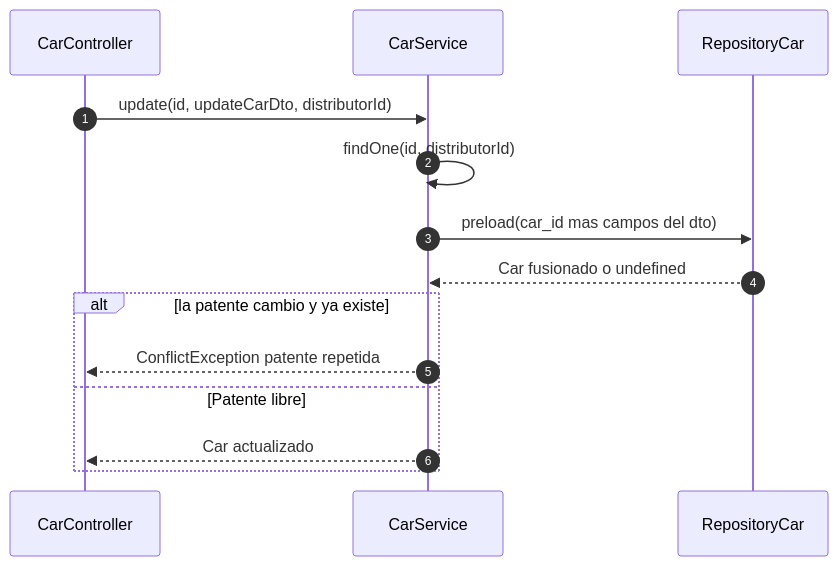
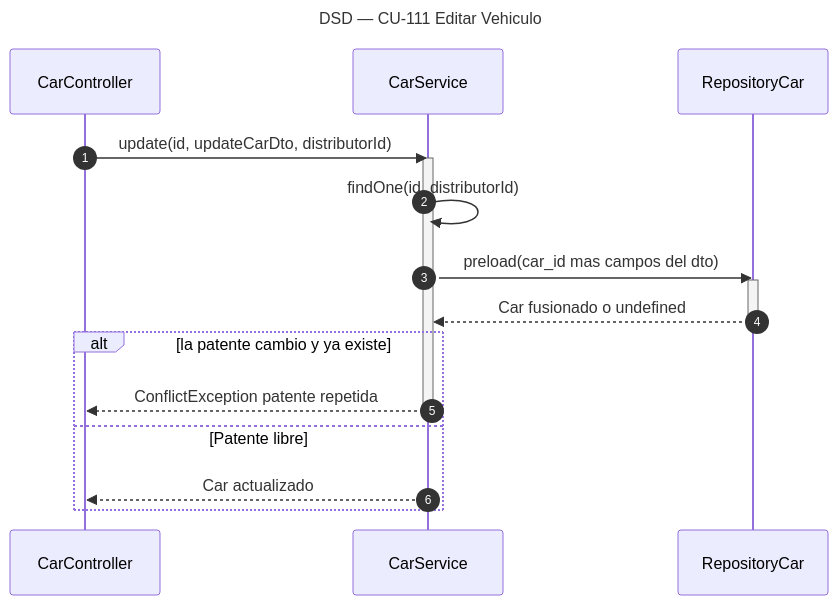
The diagram in diagramas/DSD_CU-111_Editar-Vehiculo.mmd (Nahuelito-Dev/splg-docs), drawn with Mermaid before and after one commit. The commit also changed 296 other files, not shown here.

First line of the commit message:
feat(notacion): completar la notación UML de los 293 diagramas de secuencia

```diff
--- a/diagramas/DSD_CU-111_Editar-Vehiculo.mmd
+++ b/diagramas/DSD_CU-111_Editar-Vehiculo.mmd
@@ -1,15 +1,20 @@
 sequenceDiagram
+    title DSD — CU-111 Editar Vehiculo
     autonumber
     participant CTRL as CarController
     participant SRV as CarService
     participant CREP as RepositoryCar
 
     CTRL->>SRV: update(id, updateCarDto, distributorId)
+    activate SRV
     SRV->>SRV: findOne(id, distributorId)
     SRV->>CREP: preload(car_id mas campos del dto)
+    activate CREP
     CREP-->>SRV: Car fusionado o undefined
+    deactivate CREP
     alt la patente cambio y ya existe
         SRV-->>CTRL: ConflictException patente repetida
+        deactivate SRV
     else Patente libre
         SRV-->>CTRL: Car actualizado
     end
```
